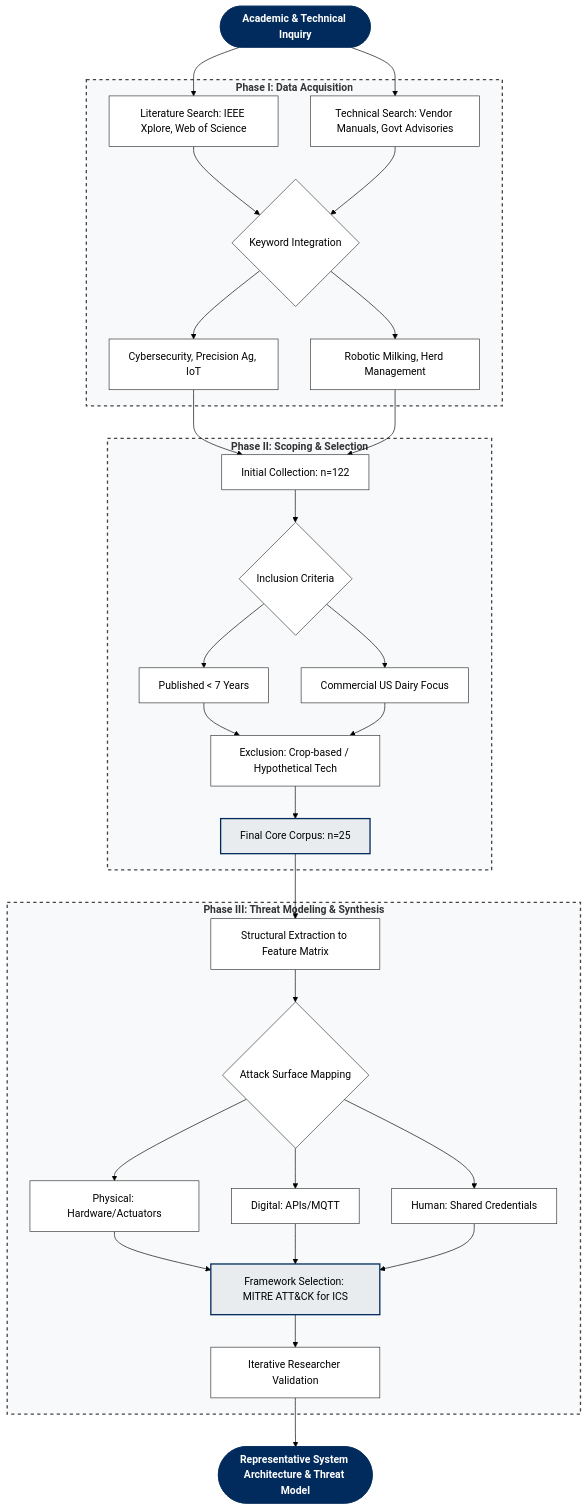
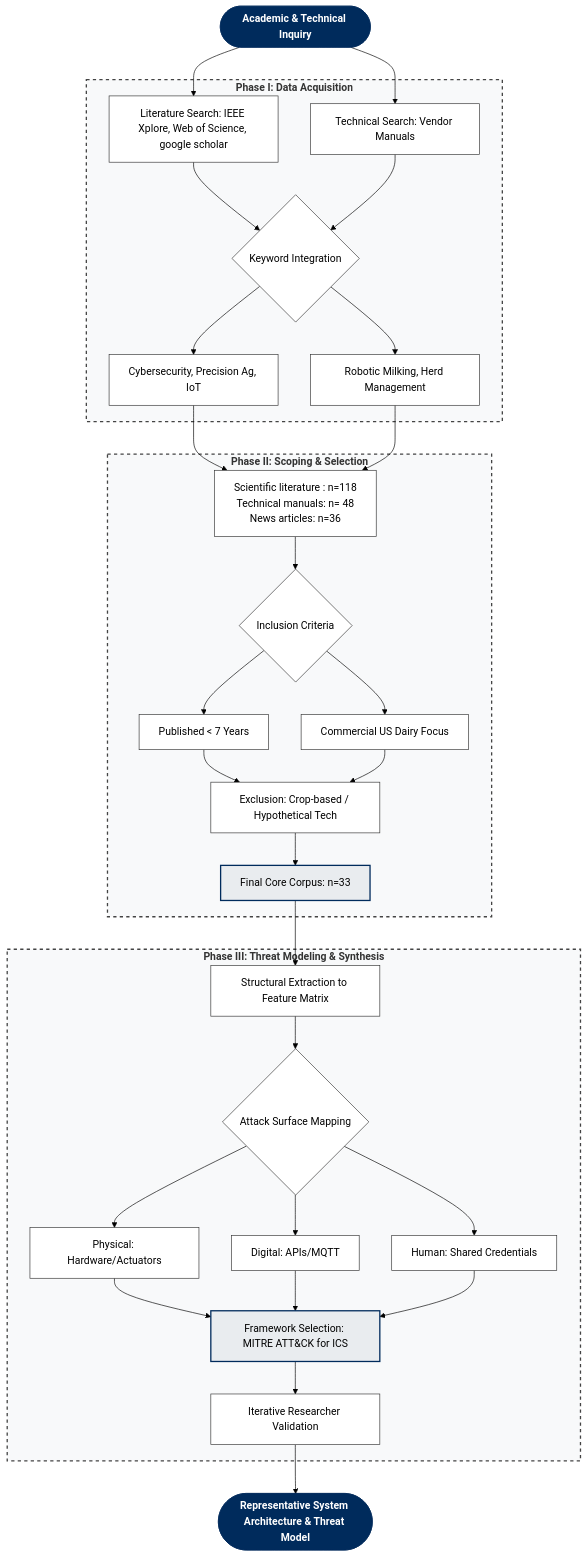
The diagram in mermaid_images/methodolgy.md (rajeshneupane7/cyber_codes), drawn with Mermaid (forest theme) before and after one commit. The commit also changed 6 other files, not shown here.

````diff
--- a/mermaid_images/methodolgy.md
+++ b/mermaid_images/methodolgy.md
@@ -1,61 +1,64 @@
 ```mermaid 
 graph TD
     %% Node Definitions
     Start([Academic & Technical Inquiry])
     
     subgraph Phase1 [Phase I: Data Acquisition]
-        A[Literature Search: IEEE Xplore, Web of Science]
-        B[Technical Search: Vendor Manuals, Govt Advisories]
+        A[Literature Search: IEEE Xplore, Web of Science, google scholar]
+        B[Technical Search: Vendor Manuals]
         C{Keyword Integration}
         C1[Cybersecurity, Precision Ag, IoT]
         C2[Robotic Milking, Herd Management]
     end
 
     subgraph Phase2 [Phase II: Scoping & Selection]
-        D[Initial Collection: n=122]
+        D[Scientific literature : n=118
+         Technical manuals: n= 48
+          News articles: n=36  ]
+
         E{Inclusion Criteria}
         E1[Published < 7 Years]
         E2[Commercial US Dairy Focus]
         F[Exclusion: Crop-based / Hypothetical Tech]
-        G[Final Core Corpus: n=25]
+        G[Final Core Corpus: n=33]
     end
 
     subgraph Phase3 [Phase III: Threat Modeling & Synthesis]
         H[Structural Extraction to Feature Matrix]
         I{Attack Surface Mapping}
         I1[Physical: Hardware/Actuators]
         I2[Digital: APIs/MQTT]
         I3[Human: Shared Credentials]
         
         J[Framework Selection: MITRE ATT&CK for ICS]
         K[Iterative Researcher Validation]
     end
 
     Output([Representative System Architecture & Threat Model])
 
     %% Connections
     Start --> A & B
     A & B --> C
     C --> C1 & C2
     C1 & C2 --> D
     D --> E
     E --> E1 & E2
     E1 & E2 --> F
     F --> G
     G --> H
     H --> I
     I --> I1 & I2 & I3
     I1 & I2 & I3 --> J
     J --> K
     K --> Output
 
     %% Academic Styling
     classDef default fill:#ffffff,stroke:#333,stroke-width:1px,color:#000;
     classDef phase fill:#f8f9fa,stroke:#444,stroke-width:2px,stroke-dasharray: 5 5,font-weight:bold;
     classDef highlight fill:#e9ecef,stroke:#002b5c,stroke-width:2px;
     classDef terminal fill:#002b5c,stroke:#002b5c,color:#fff,font-weight:bold;
 
     class Phase1,Phase2,Phase3 phase;
     class G,J highlight;
     class Start,Output terminal;
 ```
````
